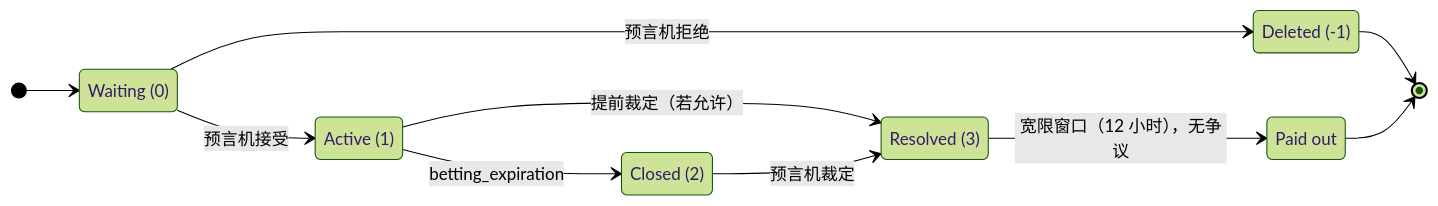
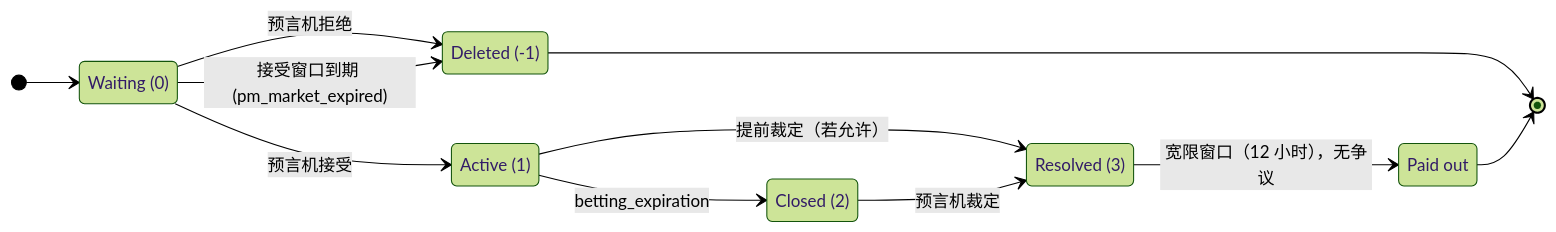
One commit to VIZ-Blockchain/viz-cpp-node changed the diagram in @l10n/zh-CN/docs/prediction-markets/specification.md. Above: the diagram before and after it, drawn with Mermaid (forest theme). The commit also changed other lines of this file and 17 other files, not shown here.

````diff
--- a/@l10n/zh-CN/docs/prediction-markets/specification.md
+++ b/@l10n/zh-CN/docs/prediction-markets/specification.md
@@ -136,19 +137,20 @@
 ```mermaid
 stateDiagram-v2
   direction LR
   state "Waiting (0)" as Waiting
   state "Active (1)" as Active
   state "Closed (2)" as Closed
   state "Resolved (3)" as Resolved
   state "Deleted (-1)" as Deleted
   state "Paid out" as Paid
   [*] --> Waiting
   Waiting --> Active: 预言机接受
   Waiting --> Deleted: 预言机拒绝
+  Waiting --> Deleted: 接受窗口到期 (pm_market_expired)
   Active --> Closed: betting_expiration
   Active --> Resolved: 提前裁定（若允许）
   Closed --> Resolved: 预言机裁定
   Resolved --> Paid: 宽限窗口（12 小时），无争议
   Deleted --> [*]
   Paid --> [*]
 ```
````
